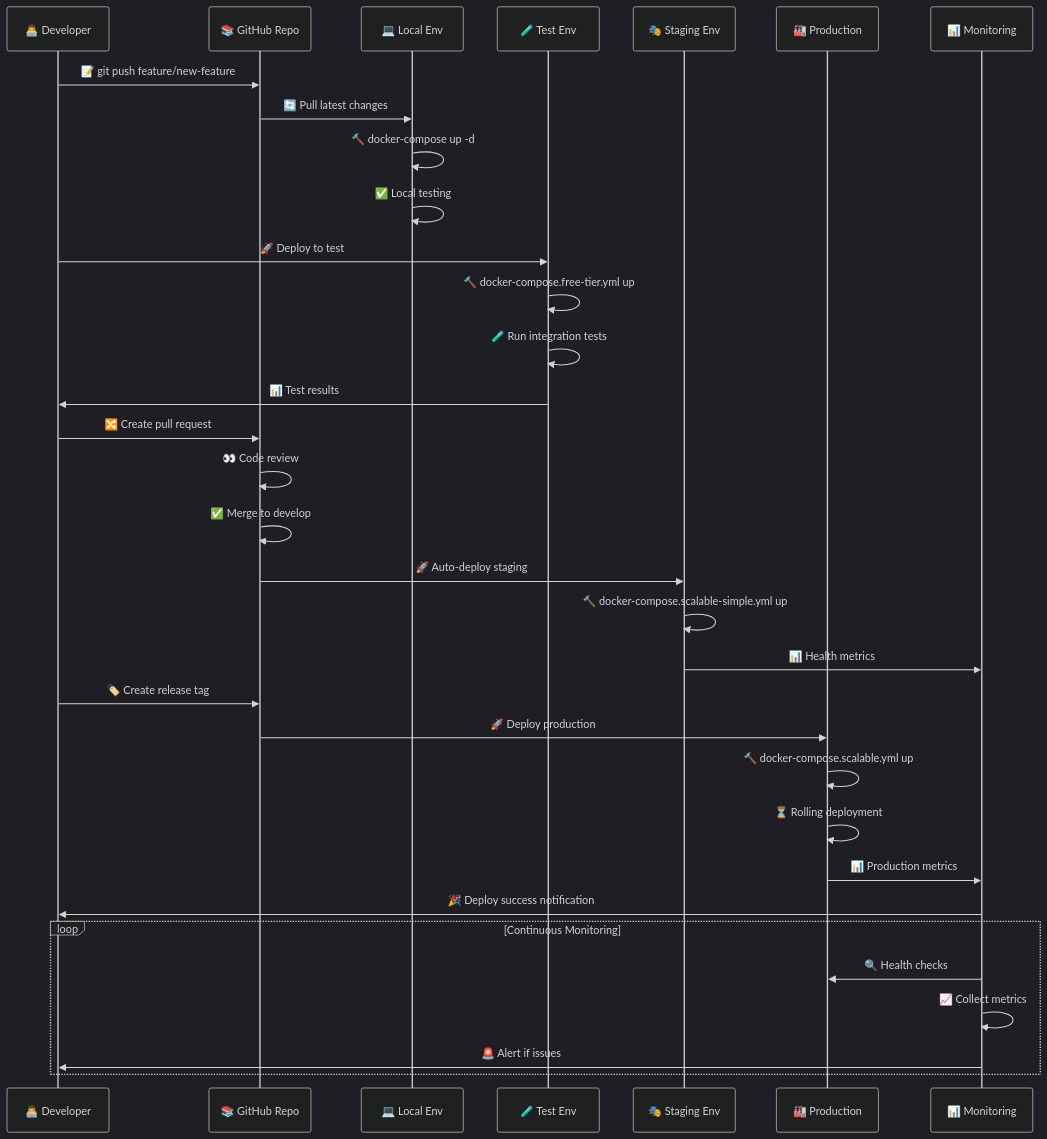
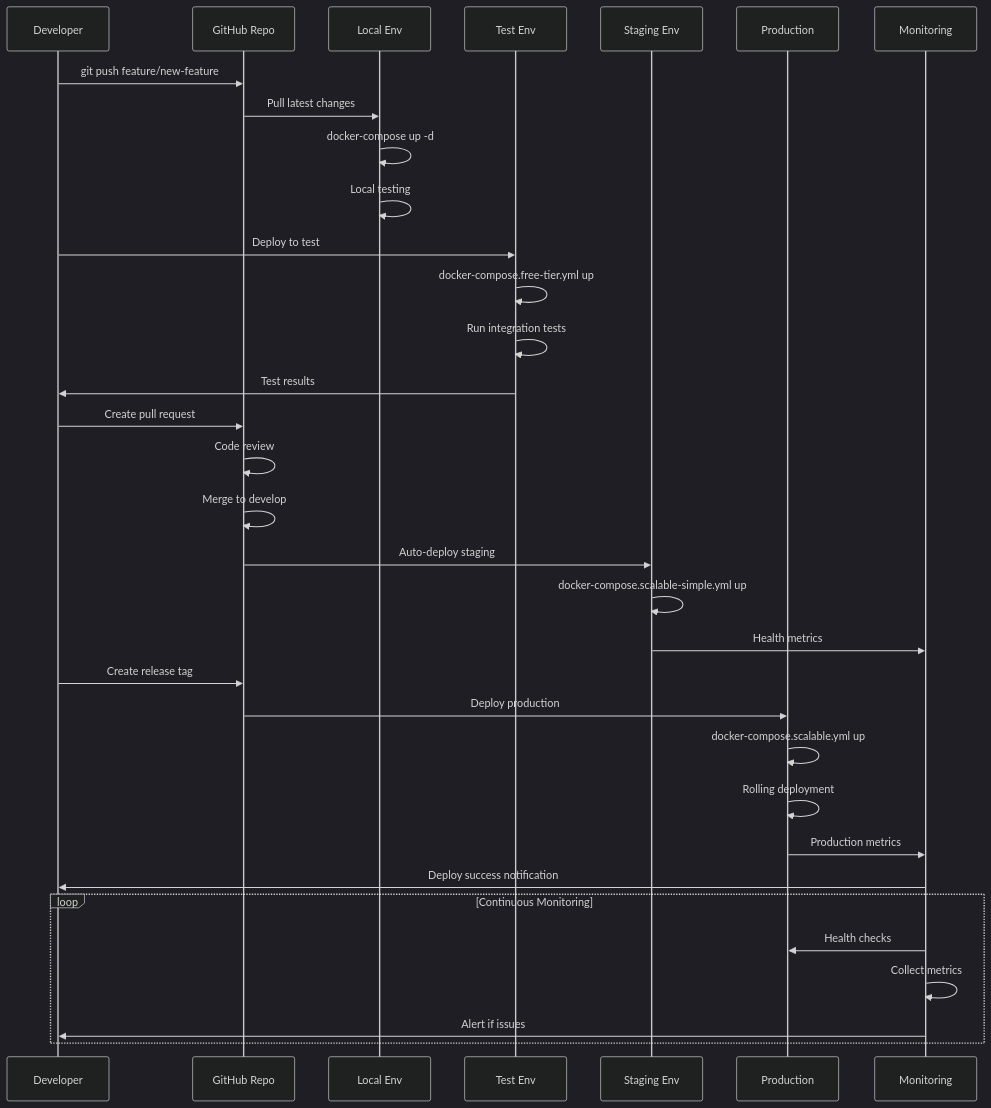
The first of 10 diagrams in DEPLOYMENT_SEQUENCE.md (italo-costa/estudosKBNT_Kafka_Logs_V2_cleanCode), drawn with Mermaid (dark theme) before and after one commit. The commit also changed other lines of this file and 1 other file, not shown here.

First line of the commit message:
docs: Remove emojis from Mermaid diagrams for better GitHub rendering

````diff
--- a/DEPLOYMENT_SEQUENCE.md
+++ b/DEPLOYMENT_SEQUENCE.md
@@ -5,45 +5,45 @@
 ```mermaid
 sequenceDiagram
-    participant Dev as 👨‍💻 Developer
-    participant Git as 📚 GitHub Repo
-    participant Local as 💻 Local Env
-    participant Test as 🧪 Test Env
-    participant Staging as 🎭 Staging Env
-    participant Prod as 🏭 Production
-    participant Monitor as 📊 Monitoring
+    participant Dev as Developer
+    participant Git as GitHub Repo
+    participant Local as Local Env
+    participant Test as Test Env
+    participant Staging as Staging Env
+    participant Prod as Production
+    participant Monitor as Monitoring
     
     %% Desenvolvimento Local
-    Dev->>Git: 📝 git push feature/new-feature
-    Git->>Local: 🔄 Pull latest changes
-    Local->>Local: 🔨 docker-compose up -d
-    Local->>Local: ✅ Local testing
+    Dev->>Git: git push feature/new-feature
+    Git->>Local: Pull latest changes
+    Local->>Local: docker-compose up -d
+    Local->>Local: Local testing
     
     %% Ambiente de Teste
-    Dev->>Test: 🚀 Deploy to test
-    Test->>Test: 🔨 docker-compose.free-tier.yml up
-    Test->>Test: 🧪 Run integration tests
-    Test->>Dev: 📊 Test results
+    Dev->>Test: Deploy to test
+    Test->>Test: docker-compose.free-tier.yml up
+    Test->>Test: Run integration tests
+    Test->>Dev: Test results
     
     %% Merge e Staging
-    Dev->>Git: 🔀 Create pull request
-    Git->>Git: 👀 Code review
-    Git->>Git: ✅ Merge to develop
-    Git->>Staging: 🚀 Auto-deploy staging
-    Staging->>Staging: 🔨 docker-compose.scalable-simple.yml up
-    Staging->>Monitor: 📊 Health metrics
+    Dev->>Git: Create pull request
+    Git->>Git: Code review
+    Git->>Git: Merge to develop
+    Git->>Staging: Auto-deploy staging
+    Staging->>Staging: docker-compose.scalable-simple.yml up
+    Staging->>Monitor: Health metrics
     
     %% Deploy Produção
-    Dev->>Git: 🏷️ Create release tag
-    Git->>Prod: 🚀 Deploy production
-    Prod->>Prod: 🔨 docker-compose.scalable.yml up
-    Prod->>Prod: ⏳ Rolling deployment
-    Prod->>Monitor: 📊 Production metrics
-    Monitor->>Dev: 🎉 Deploy success notification
+    Dev->>Git: Create release tag
+    Git->>Prod: Deploy production
+    Prod->>Prod: docker-compose.scalable.yml up
+    Prod->>Prod: Rolling deployment
+    Prod->>Monitor: Production metrics
+    Monitor->>Dev: Deploy success notification
     
     %% Monitoramento Contínuo
     loop Continuous Monitoring
-        Monitor->>Prod: 🔍 Health checks
-        Monitor->>Monitor: 📈 Collect metrics
-        Monitor->>Dev: 🚨 Alert if issues
+        Monitor->>Prod: Health checks
+        Monitor->>Monitor: Collect metrics
+        Monitor->>Dev: Alert if issues
     end
 ```
````
